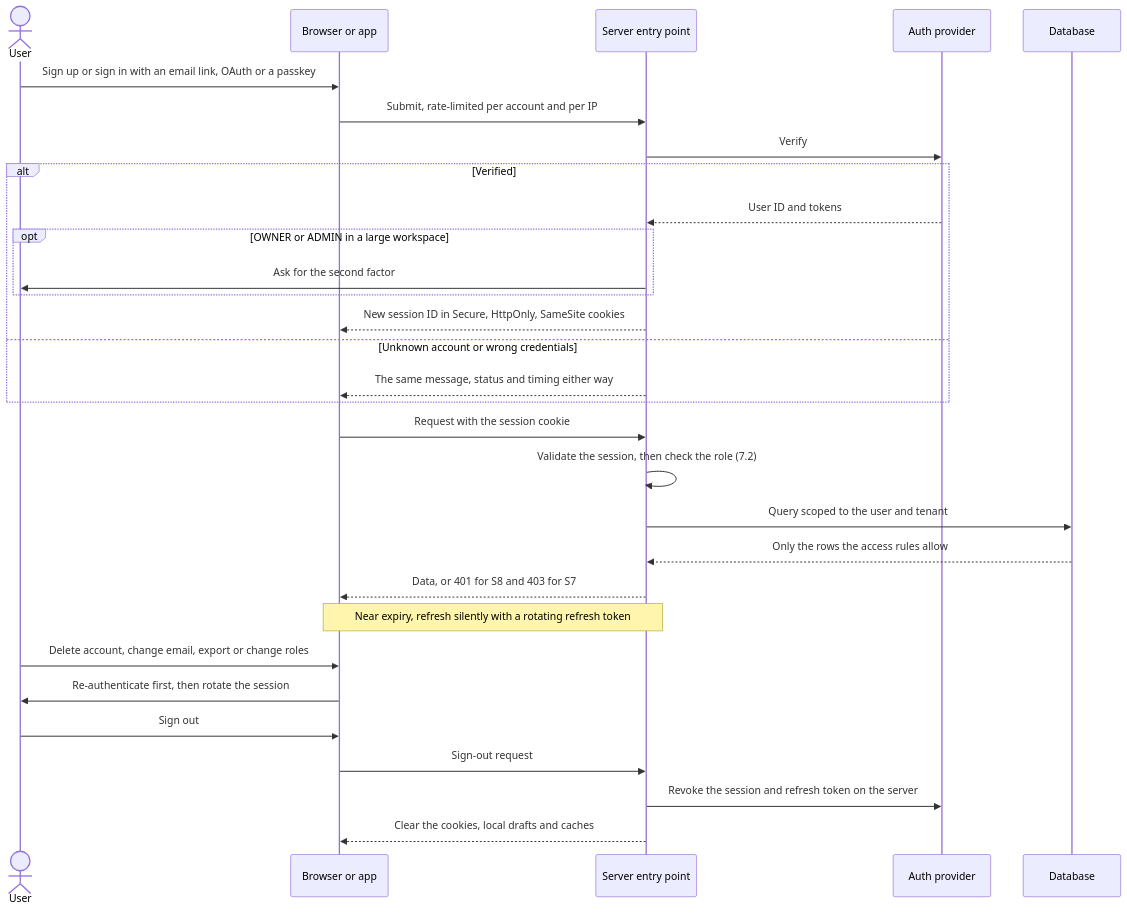
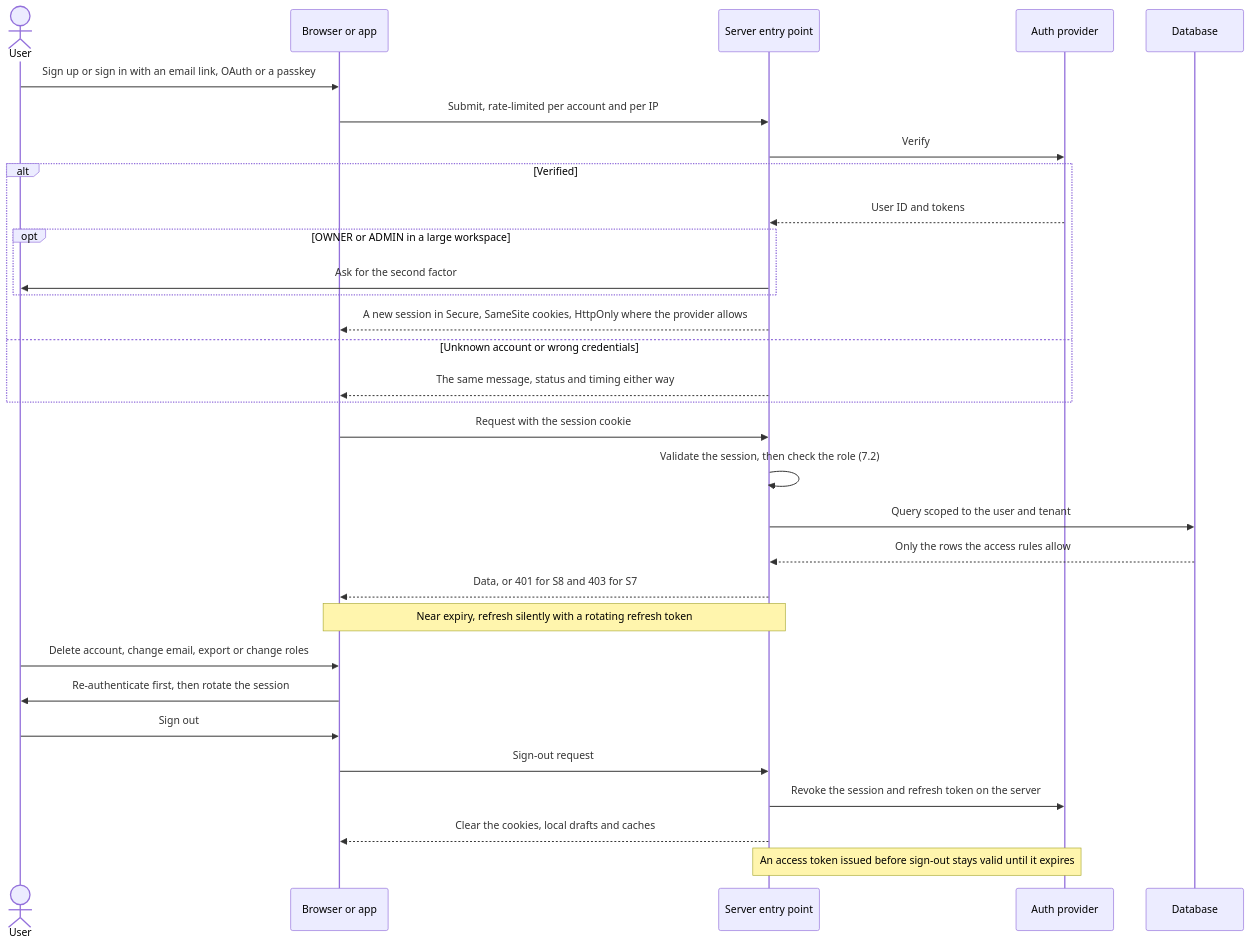
The diagram in framework/07-security.md (bewithkhan/bansat), drawn with Mermaid before and after one commit. The commit also changed other lines of this file and 24 other files, not shown here.

First line of the commit message:
Fixes from review: privacy test, app flow, auth notes, stricter checks

````diff
--- a/framework/07-security.md
+++ b/framework/07-security.md
@@ -19,32 +19,33 @@
 ```mermaid
 sequenceDiagram
   actor U as User
   participant App as Browser or app
   participant S as Server entry point
   participant Auth as Auth provider
   participant DB as Database
   U->>App: Sign up or sign in with an email link, OAuth or a passkey
   App->>S: Submit, rate-limited per account and per IP
   S->>Auth: Verify
   alt Verified
     Auth-->>S: User ID and tokens
     opt OWNER or ADMIN in a large workspace
       S->>U: Ask for the second factor
     end
-    S-->>App: New session ID in Secure, HttpOnly, SameSite cookies
+    S-->>App: A new session in Secure, SameSite cookies, HttpOnly where the provider allows
   else Unknown account or wrong credentials
     S-->>App: The same message, status and timing either way
   end
   App->>S: Request with the session cookie
   S->>S: Validate the session, then check the role (7.2)
   S->>DB: Query scoped to the user and tenant
   DB-->>S: Only the rows the access rules allow
   S-->>App: Data, or 401 for S8 and 403 for S7
   Note over App,S: Near expiry, refresh silently with a rotating refresh token
   U->>App: Delete account, change email, export or change roles
   App->>U: Re-authenticate first, then rotate the session
   U->>App: Sign out
   App->>S: Sign-out request
   S->>Auth: Revoke the session and refresh token on the server
   S-->>App: Clear the cookies, local drafts and caches
+  Note over S,Auth: An access token issued before sign-out stays valid until it expires
 ```
````
